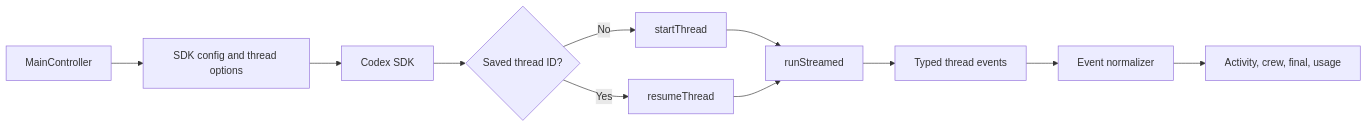
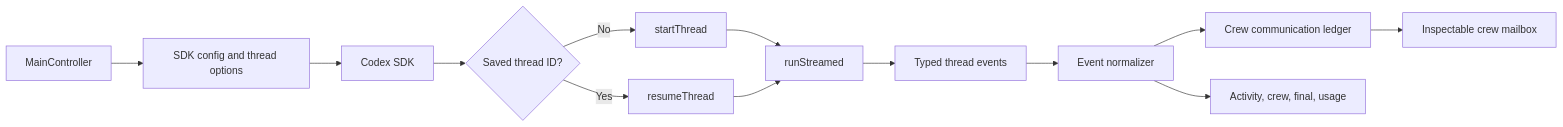
Before and after one commit to ferreiratechnology2025-max/grokky-clean: the fifth of 11 diagrams in docs/ARCHITECTURE.md, drawn with Mermaid. The commit also changed other lines of this file and 22 other files, not shown here.

Commit message:
Add transparent crew communication mailbox

````diff
--- a/docs/ARCHITECTURE.md
+++ b/docs/ARCHITECTURE.md
@@ -183,13 +183,15 @@
 ```mermaid
 flowchart LR
   CONTROLLER[MainController] --> CONFIG[SDK config and thread options]
   CONFIG --> SDK[Codex SDK]
   SDK --> THREAD{Saved thread ID?}
   THREAD -->|No| START[startThread]
   THREAD -->|Yes| RESUME[resumeThread]
   START --> STREAM[runStreamed]
   RESUME --> STREAM
   STREAM --> JSONL[Typed thread events]
   JSONL --> NORMALIZE[Event normalizer]
+  NORMALIZE --> LEDGER[Crew communication ledger]
+  LEDGER --> MAILBOX[Inspectable crew mailbox]
   NORMALIZE --> SNAPSHOT[Activity, crew, final, usage]
 ```
````
